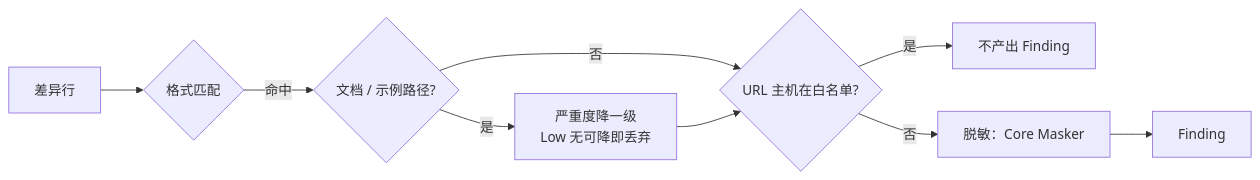
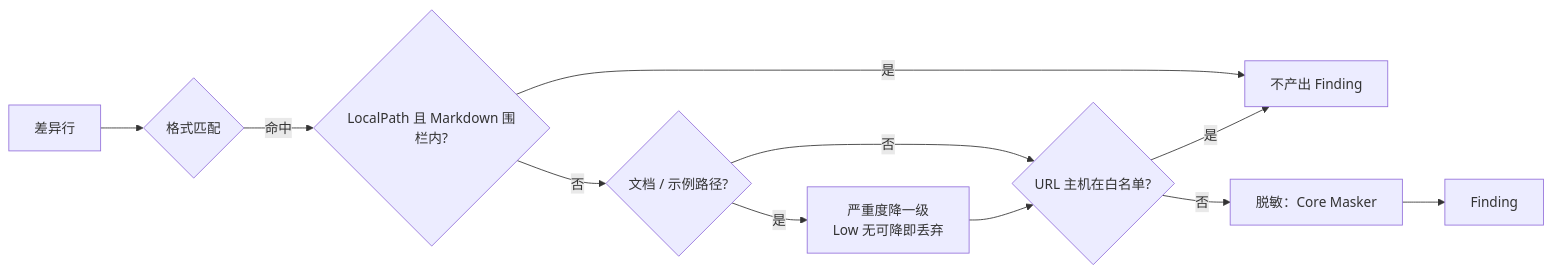
One commit to Camefor/GitGuard changed the diagram in docs/模块设计/LocalPathUrl.md. Above: the diagram before and after it, drawn with Mermaid. The commit also changed other lines of this file and 12 other files, not shown here.

````diff
--- a/docs/模块设计/LocalPathUrl.md
+++ b/docs/模块设计/LocalPathUrl.md
@@ -71,11 +72,13 @@
 ```mermaid
 flowchart LR
     Line[差异行] --> Match{格式匹配}
-    Match -- 命中 --> Path{文档 / 示例路径?}
+    Match -- 命中 --> Fence{LocalPath 且 Markdown 围栏内?}
+    Fence -- 是 --> Drop[不产出 Finding]
+    Fence -- 否 --> Path{文档 / 示例路径?}
     Path -- 是 --> Step[严重度降一级\nLow 无可降即丢弃]
     Path -- 否 --> Host{URL 主机在白名单?}
     Step --> Host
-    Host -- 是 --> Drop[不产出 Finding]
+    Host -- 是 --> Drop
     Host -- 否 --> Mask[脱敏：Core Masker]
     Mask --> Finding
 ```
````
